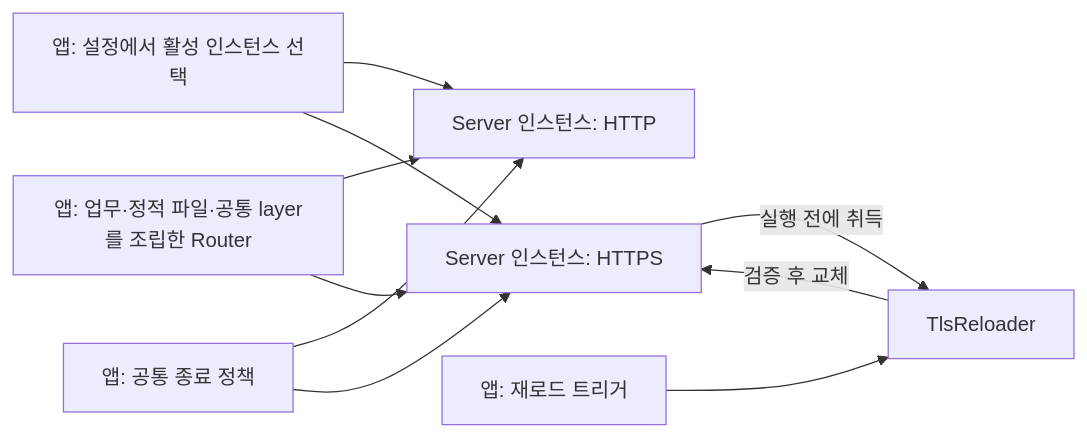
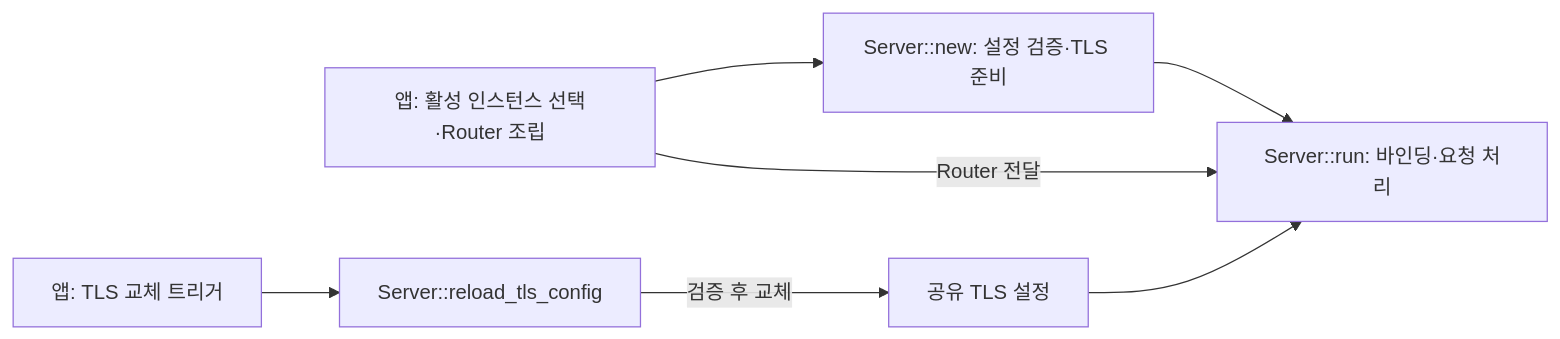
Before and after one commit to ghtak/tlab: the diagram in docs/specs/http/plan.md, drawn with Mermaid. The commit also changed other lines of this file and 8 other files, not shown here.

````diff
--- a/docs/specs/http/plan.md
+++ b/docs/specs/http/plan.md
@@ -24,12 +22,9 @@
 ```mermaid
 flowchart LR
-    C[앱: 설정에서 활성 인스턴스 선택] --> H[Server 인스턴스: HTTP]
-    C --> S[Server 인스턴스: HTTPS]
-    R[앱: 업무·정적 파일·공통 layer를 조립한 Router] --> H
-    R --> S
-    A[앱: 공통 종료 정책] --> H
-    A --> S
-    S -->|실행 전에 취득| T[TlsReloader]
-    U[앱: 재로드 트리거] --> T
-    T -->|검증 후 교체| S
+    A[앱: 활성 인스턴스 선택·Router 조립] --> N[Server::new: 설정 검증·TLS 준비]
+    N --> R[Server::run: 바인딩·요청 처리]
+    A -->|Router 전달| R
+    T[앱: TLS 교체 트리거] --> U[Server::reload_tls_config]
+    U -->|검증 후 교체| S[공유 TLS 설정]
+    S --> R
 ```
````
